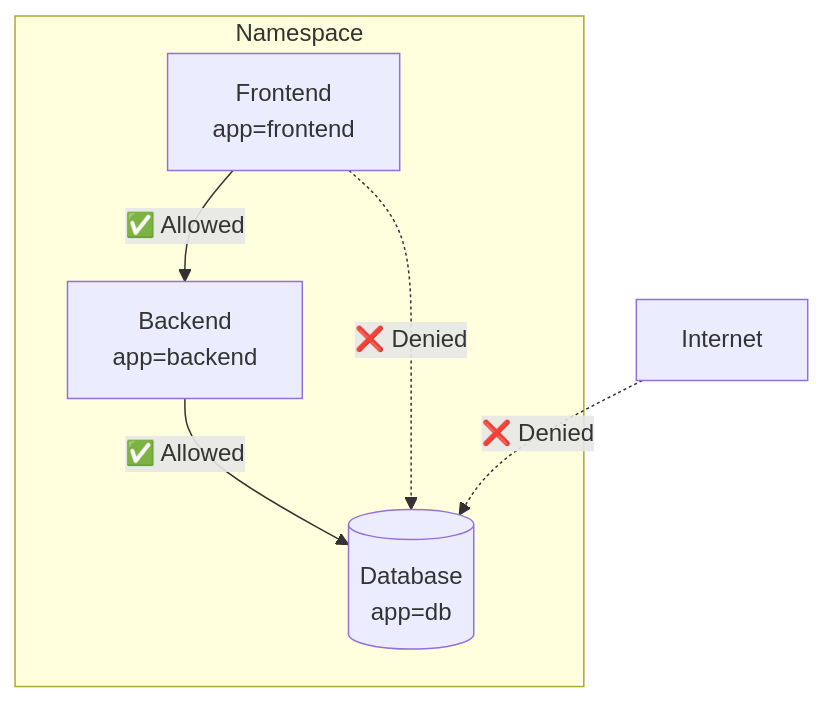
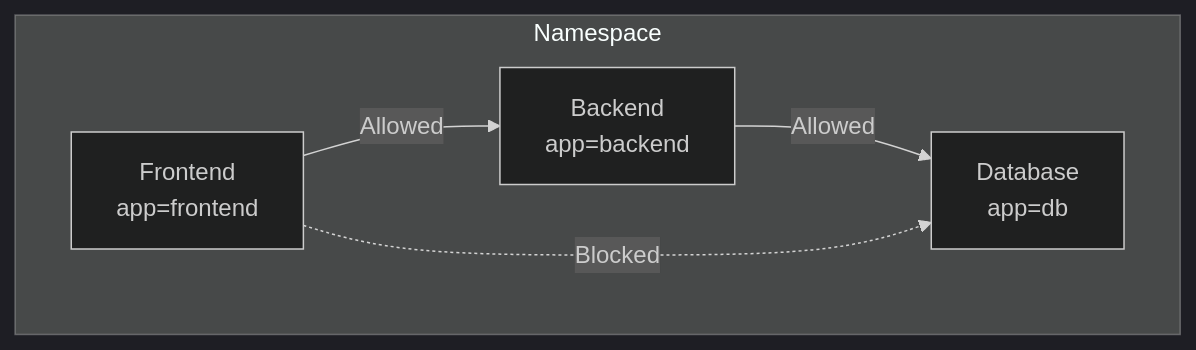
Before and after one commit to uzunenes/CKAD: the diagram in labs/lab-10-network-policies.md, drawn with Mermaid. The commit also changed other lines of this file and 15 other files, not shown here.

Commit message:
🌍 Complete English translation - All 17 labs translated with dark mermaid themes

````diff
--- a/labs/lab-10-network-policies.md
+++ b/labs/lab-10-network-policies.md
@@ -13,14 +12,13 @@
 ```mermaid
+%%{init: {'theme': 'dark'}}%%
 graph TB
     subgraph "Namespace"
-        FE[Frontend<br/>app=frontend]
+        FE[Frontend<br/>app=frontend] 
         BE[Backend<br/>app=backend]
-        DB[(Database<br/>app=db)]
+        DB[Database<br/>app=db]
     end
     
-    FE --> |✅ Allowed| BE
-    BE --> |✅ Allowed| DB
-    FE -.-> |❌ Denied| DB
-    
-    INTERNET[Internet] -.-> |❌ Denied| DB
+    FE -->|Allowed| BE
+    BE -->|Allowed| DB
+    FE -.->|Blocked| DB
 ```
````
